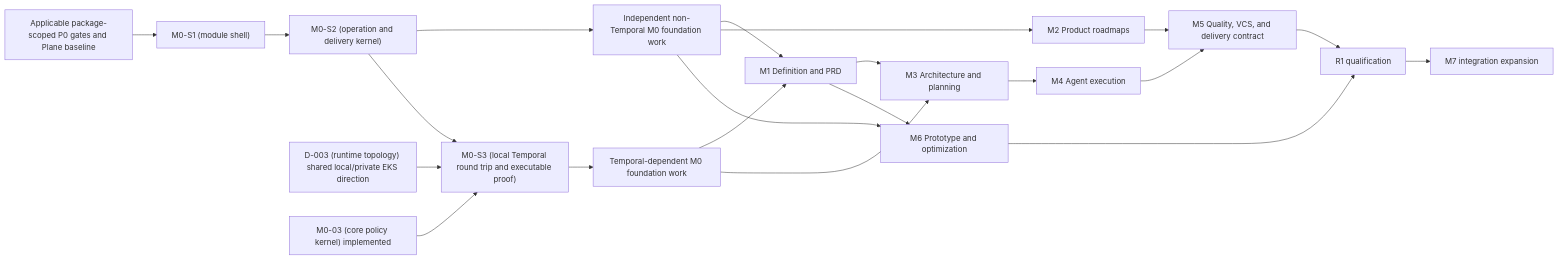
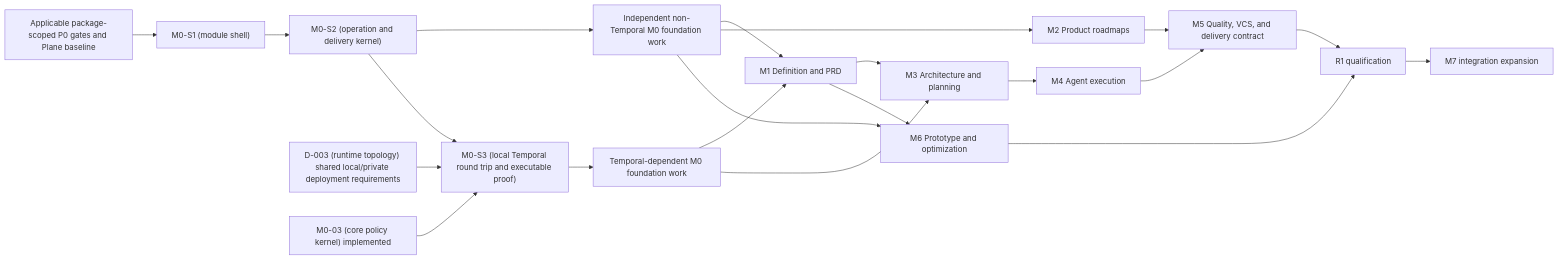
One commit to faocampo/curve changed the diagram in docs/technical/development-plan.md. Above: the diagram before and after it, drawn with Mermaid. The commit also changed other lines of this file and 266 other files, not shown here.

````diff
--- a/docs/technical/development-plan.md
+++ b/docs/technical/development-plan.md
@@ -44,23 +48,23 @@
 ```mermaid
 flowchart LR
     foundation["Applicable package-scoped P0 gates and Plane baseline"] --> s1["M0-S1 (module shell)"]
     s1 --> s2["M0-S2 (operation and delivery kernel)"]
     s2 --> m0_independent["Independent non-Temporal M0 foundation work"]
-    d003["D-003 (runtime topology) shared local/private EKS direction"] --> s3["M0-S3 (local Temporal round trip and executable proof)"]
+    d003["D-003 (runtime topology) shared local/private deployment requirements"] --> s3["M0-S3 (local Temporal round trip and executable proof)"]
     policy["M0-03 (core policy kernel) implemented"] --> s3
     s2 --> s3
     s3 --> m0_temporal["Temporal-dependent M0 foundation work"]
     m0_independent --> m1["M1 Definition and PRD"]
     m0_temporal --> m1
     m0_independent --> m2["M2 Product roadmaps"]
     m1 --> m3["M3 Architecture and planning"]
     m0_temporal --> m3
     m3 --> m4["M4 Agent execution"]
     m2 --> m5["M5 Quality, VCS, and delivery contract"]
     m4 --> m5
     m1 --> m6["M6 Prototype and optimization"]
     m0_independent --> m6
     m5 --> r1["R1 qualification"]
     m6 --> r1
     r1 --> m7["M7 integration expansion"]
 ```
````
